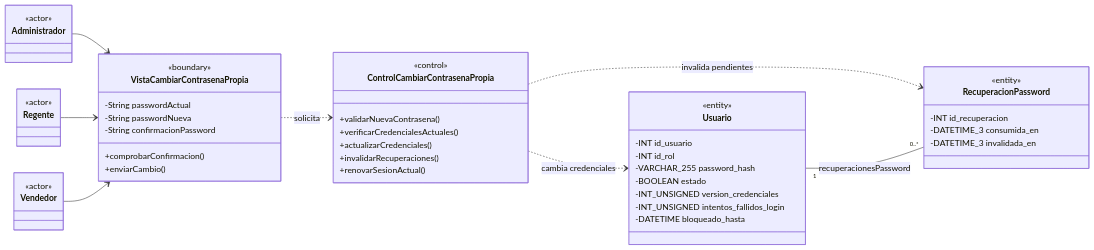
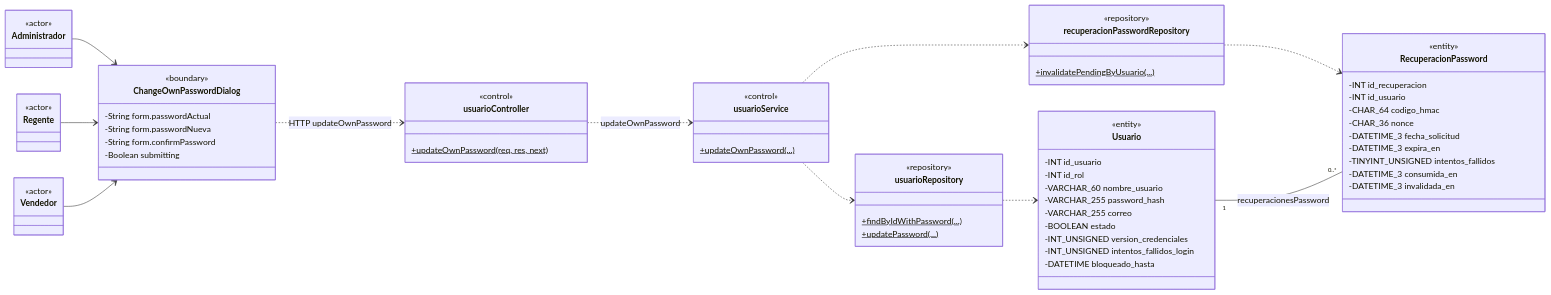
Before and after one commit to CreepyBowDev/cadefar-inventory-system: the eighth of 34 diagrams in docs/ai/analisis-clases-academico.md, drawn with Mermaid. The commit also changed other lines of this file, not shown here.

````diff
--- a/docs/ai/analisis-clases-academico.md
+++ b/docs/ai/analisis-clases-academico.md
@@ -558,46 +793,65 @@
 ```mermaid
 classDiagram
     direction LR
     class Administrador { <<actor>> }
     class Regente { <<actor>> }
     class Vendedor { <<actor>> }
-    class VistaCambiarContrasenaPropia {
+    class ChangeOwnPasswordDialog {
         <<boundary>>
-        -String passwordActual
-        -String passwordNueva
-        -String confirmacionPassword
-        +comprobarConfirmacion()
-        +enviarCambio()
+        -String form.passwordActual
+        -String form.passwordNueva
+        -String form.confirmPassword
+        -Boolean submitting
     }
-    class ControlCambiarContrasenaPropia {
+    class usuarioController {
         <<control>>
-        +validarNuevaContrasena()
-        +verificarCredencialesActuales()
-        +actualizarCredenciales()
-        +invalidarRecuperaciones()
-        +renovarSesionActual()
+        +updateOwnPassword(req, res, next)$
+    }
+    class usuarioService {
+        <<control>>
+        +updateOwnPassword(...)$
+    }
+    class usuarioRepository {
+        <<repository>>
+        +findByIdWithPassword(...)$
+        +updatePassword(...)$
+    }
+    class recuperacionPasswordRepository {
+        <<repository>>
+        +invalidatePendingByUsuario(...)$
     }
     class Usuario {
         <<entity>>
         -INT id_usuario
         -INT id_rol
+        -VARCHAR_60 nombre_usuario
         -VARCHAR_255 password_hash
+        -VARCHAR_255 correo
         -BOOLEAN estado
         -INT_UNSIGNED version_credenciales
         -INT_UNSIGNED intentos_fallidos_login
         -DATETIME bloqueado_hasta
     }
     class RecuperacionPassword {
         <<entity>>
         -INT id_recuperacion
+        -INT id_usuario
+        -CHAR_64 codigo_hmac
+        -CHAR_36 nonce
+        -DATETIME_3 fecha_solicitud
+        -DATETIME_3 expira_en
+        -TINYINT_UNSIGNED intentos_fallidos
         -DATETIME_3 consumida_en
         -DATETIME_3 invalidada_en
     }
-    Administrador --> VistaCambiarContrasenaPropia
-    Regente --> VistaCambiarContrasenaPropia
-    Vendedor --> VistaCambiarContrasenaPropia
-    VistaCambiarContrasenaPropia ..> ControlCambiarContrasenaPropia : solicita
-    ControlCambiarContrasenaPropia ..> Usuario : cambia credenciales
-    ControlCambiarContrasenaPropia ..> RecuperacionPassword : invalida pendientes
+    Administrador --> ChangeOwnPasswordDialog
+    Regente --> ChangeOwnPasswordDialog
+    Vendedor --> ChangeOwnPasswordDialog
+    ChangeOwnPasswordDialog ..> usuarioController : HTTP updateOwnPassword
+    usuarioController ..> usuarioService : updateOwnPassword
+    usuarioService ..> usuarioRepository
+    usuarioService ..> recuperacionPasswordRepository
+    usuarioRepository ..> Usuario
+    recuperacionPasswordRepository ..> RecuperacionPassword
     Usuario "1" -- "0..*" RecuperacionPassword : recuperacionesPassword
 ```
````
